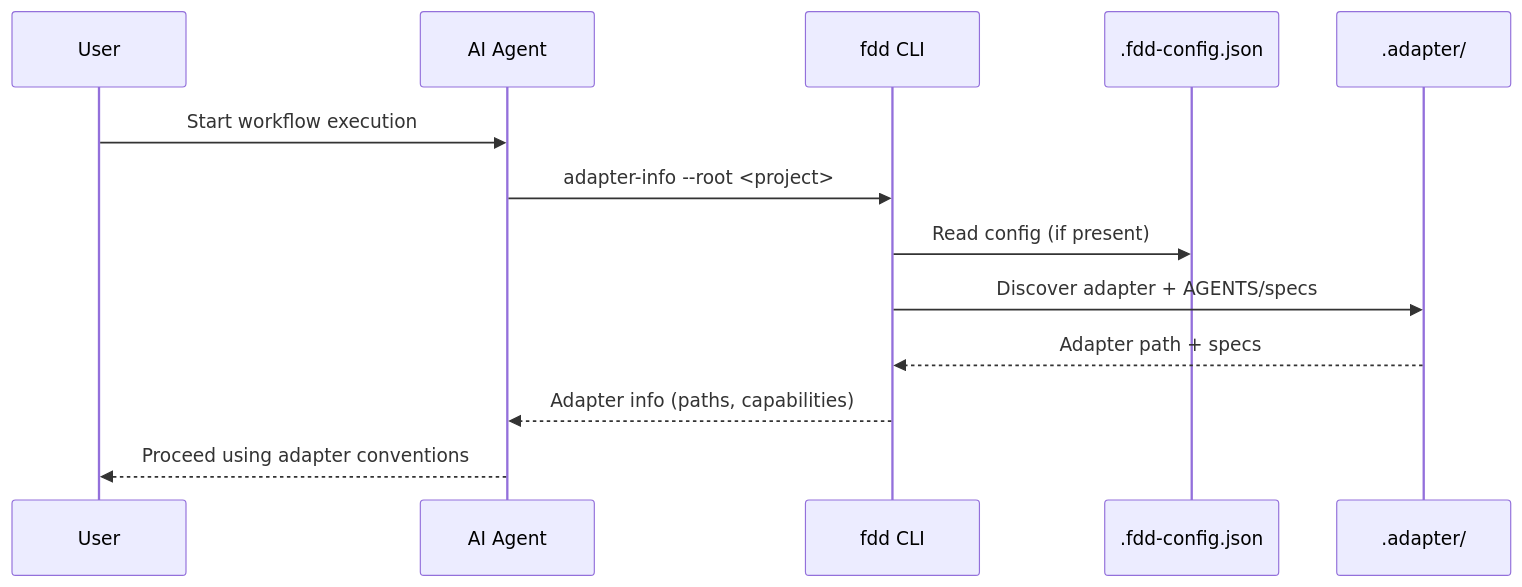
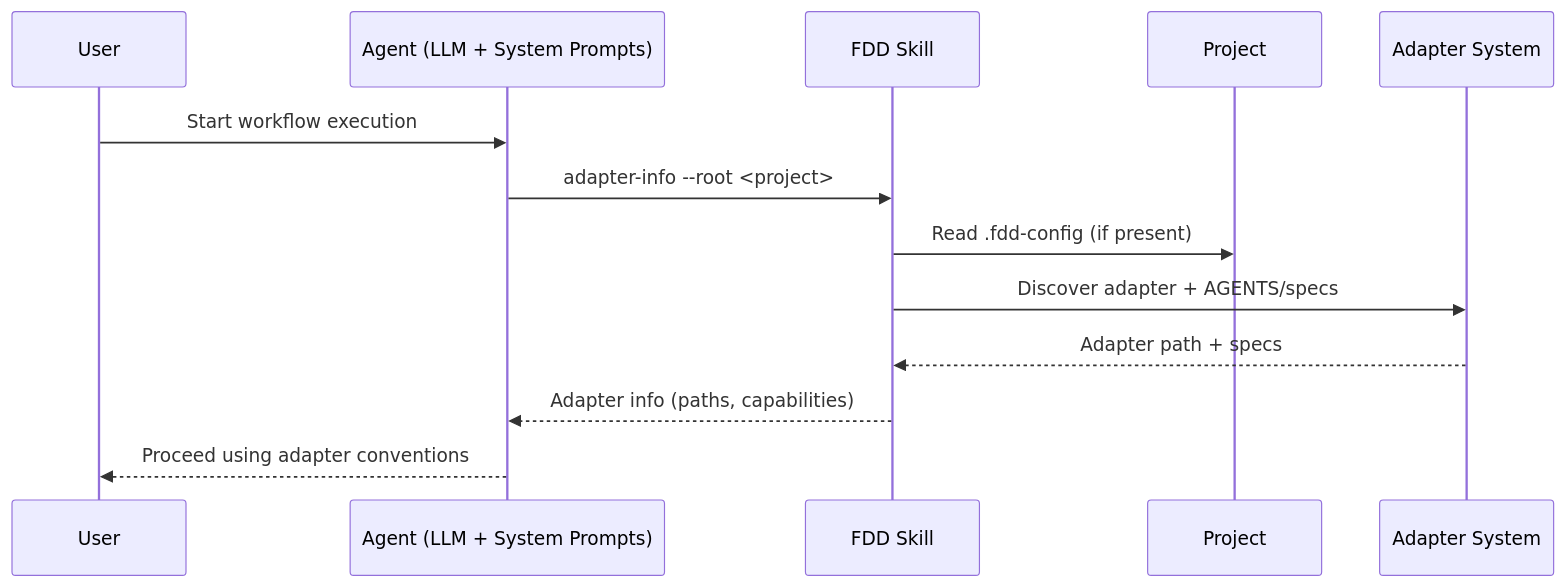
One commit to cyberfabric/cyber-pilot changed the third of 5 diagrams in architecture/DESIGN.md. Above: the diagram before and after it, drawn with Mermaid. The commit also changed other lines of this file and 93 other files, not shown here.

````diff
--- a/architecture/DESIGN.md
+++ b/architecture/DESIGN.md
@@ -575,16 +880,16 @@
 ```mermaid
 sequenceDiagram
-    participant TL as User
-    participant Agent as AI Agent
-    participant CLI as fdd CLI
-    participant Cfg as .fdd-config.json
-    participant Adapter as .adapter/
+    participant User
+    participant Agent as Agent (LLM + System Prompts)
+    participant FDD as FDD Skill
+    participant PROJ as Project
+    participant AS as Adapter System
 
-    TL->>Agent: Start workflow execution
-    Agent->>CLI: adapter-info --root <project>
-    CLI->>Cfg: Read config (if present)
-    CLI->>Adapter: Discover adapter + AGENTS/specs
-    Adapter-->>CLI: Adapter path + specs
-    CLI-->>Agent: Adapter info (paths, capabilities)
-    Agent-->>TL: Proceed using adapter conventions
+    User->>Agent: Start workflow execution
+    Agent->>FDD: adapter-info --root <project>
+    FDD->>PROJ: Read .fdd-config (if present)
+    FDD->>AS: Discover adapter + AGENTS/specs
+    AS-->>FDD: Adapter path + specs
+    FDD-->>Agent: Adapter info (paths, capabilities)
+    Agent-->>User: Proceed using adapter conventions
 ```
````
